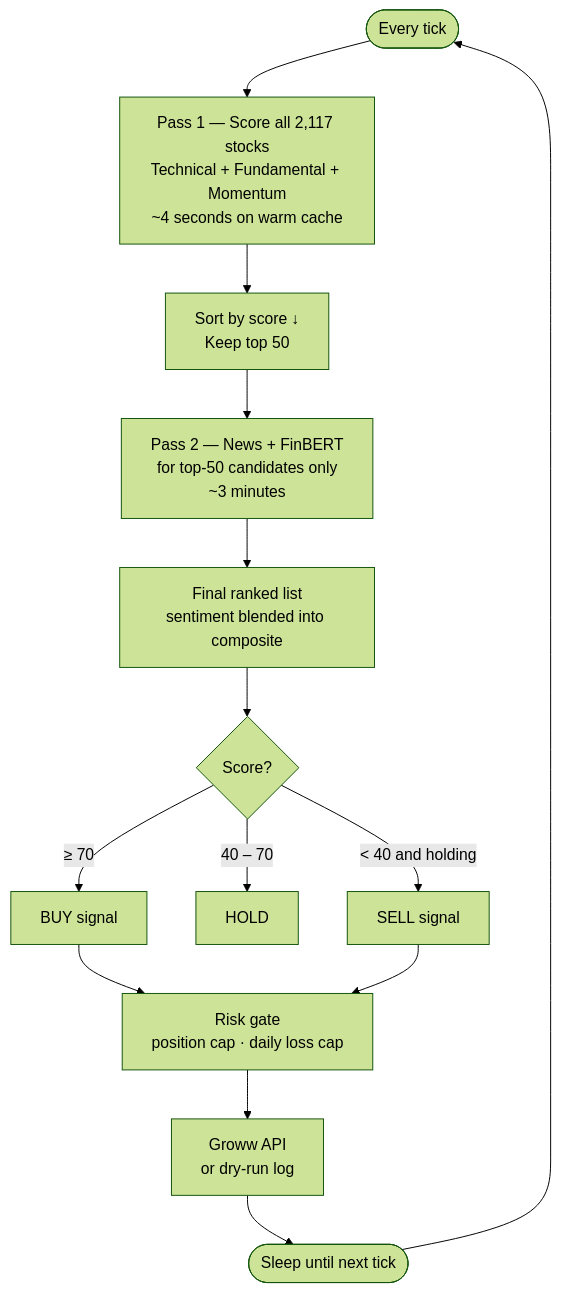
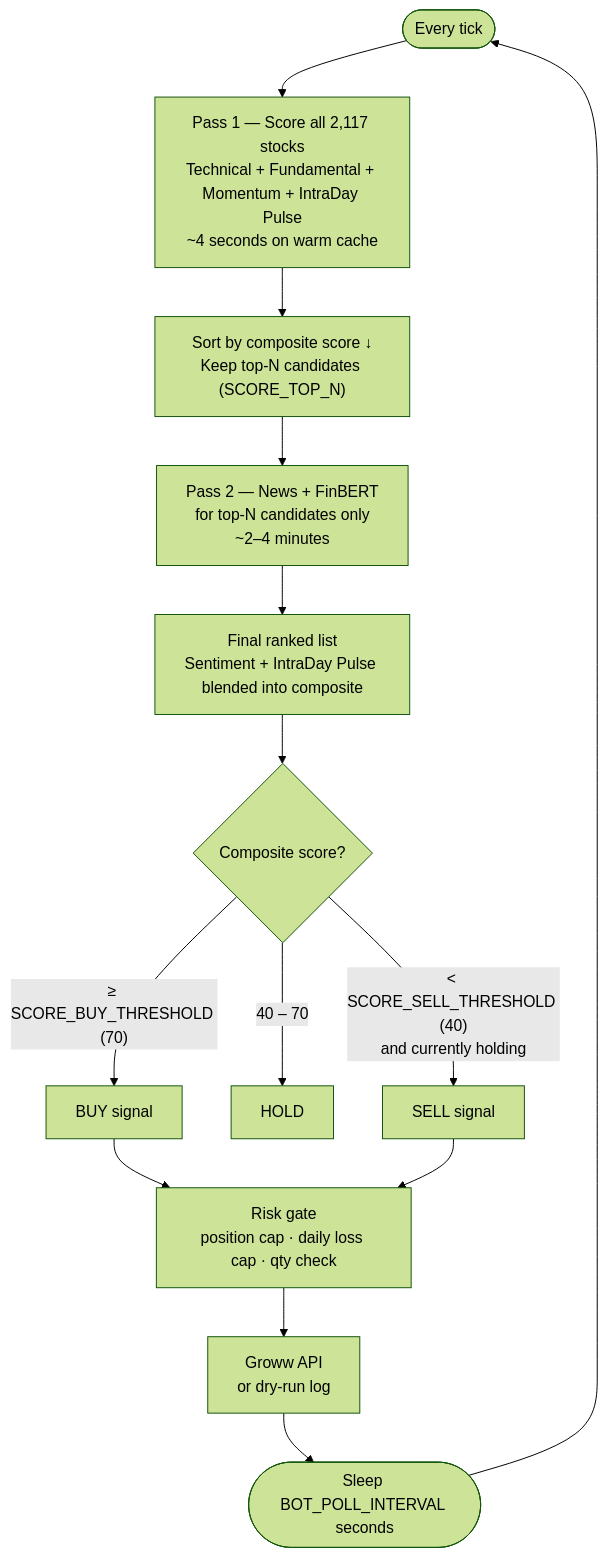
One commit to BitanSarkar/TradingBot changed the second of 4 diagrams in README.md. Above: the diagram before and after it, drawn with Mermaid (forest theme). The commit also changed other lines of this file, not shown here.

````diff
--- a/README.md
+++ b/README.md
@@ -49,20 +146,20 @@
 ```mermaid
 flowchart TD
     A(["Every tick"]) --> B
 
-    B["Pass 1 — Score all 2,117 stocks\nTechnical + Fundamental + Momentum\n~4 seconds on warm cache"]
-    B --> C["Sort by score ↓\nKeep top 50"]
+    B["Pass 1 — Score all 2,117 stocks\nTechnical + Fundamental + Momentum + IntraDay Pulse\n~4 seconds on warm cache"]
+    B --> C["Sort by composite score ↓\nKeep top-N candidates (SCORE_TOP_N)"]
 
-    C --> D["Pass 2 — News + FinBERT\nfor top-50 candidates only\n~3 minutes"]
-    D --> E["Final ranked list\nsentiment blended into composite"]
+    C --> D["Pass 2 — News + FinBERT\nfor top-N candidates only\n~2–4 minutes"]
+    D --> E["Final ranked list\nSentiment + IntraDay Pulse blended into composite"]
 
-    E --> F{Score?}
-    F -->|"≥ 70"| G["BUY signal"]
+    E --> F{Composite score?}
+    F -->|"≥ SCORE_BUY_THRESHOLD (70)"| G["BUY signal"]
     F -->|"40 – 70"| H["HOLD"]
-    F -->|"< 40 and holding"| I["SELL signal"]
+    F -->|"< SCORE_SELL_THRESHOLD (40)\nand currently holding"| I["SELL signal"]
 
-    G & I --> J["Risk gate\nposition cap · daily loss cap"]
+    G & I --> J["Risk gate\nposition cap · daily loss cap · qty check"]
     J --> K["Groww API\nor dry-run log"]
-    K --> L(["Sleep until next tick"])
+    K --> L(["Sleep BOT_POLL_INTERVAL seconds"])
     L --> A
 ```
````
